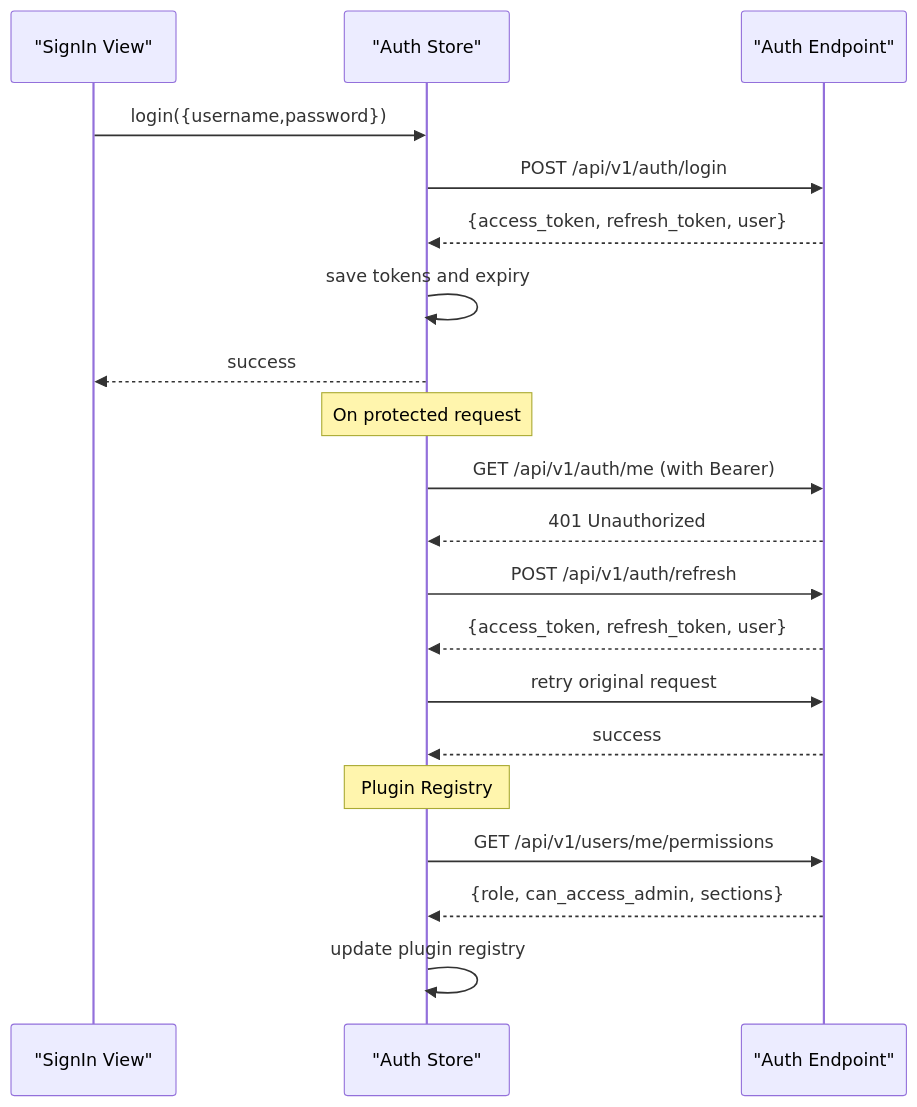
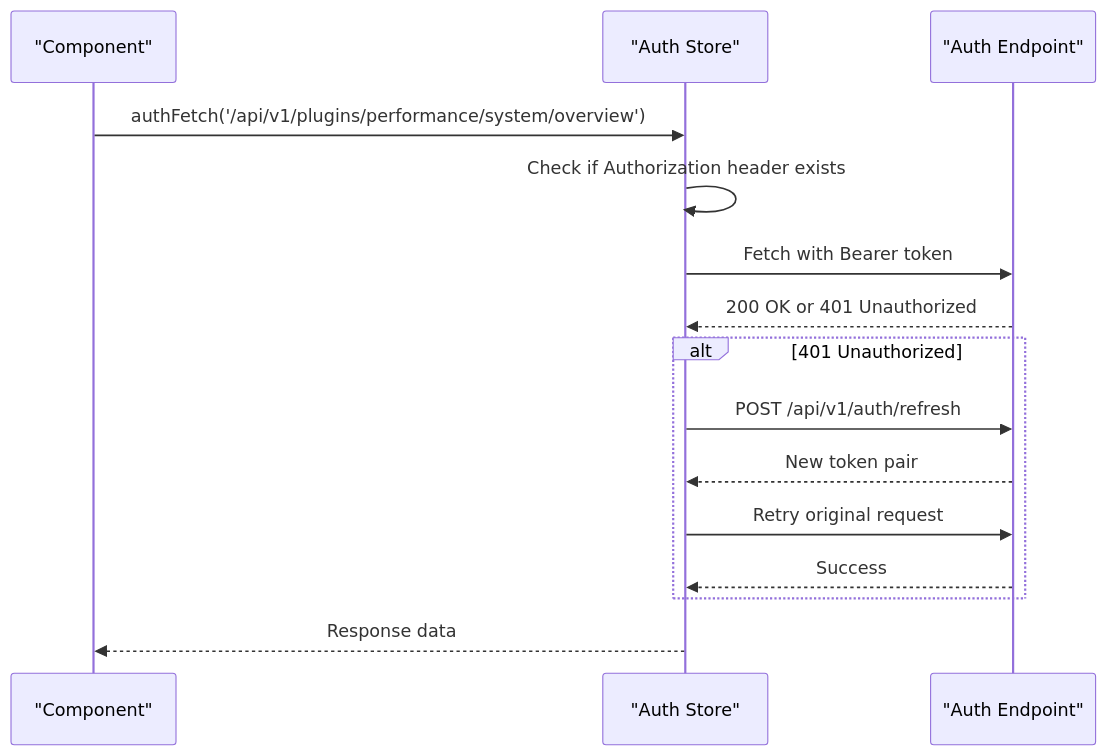
The seventh of 10 diagrams in .qoder/repowiki/en/content/Authentication & Authorization System/Authentication & Authorization System.md (Nikita5543/New-SSO-02), drawn with Mermaid before and after one commit. The commit also changed other lines of this file and 7 other files, not shown here.

````diff
--- a/.qoder/repowiki/en/content/Authentication & Authorization System/Authentication & Authorization System.md
+++ b/.qoder/repowiki/en/content/Authentication & Authorization System/Authentication & Authorization System.md
@@ -411,22 +435,17 @@
 ```mermaid
 sequenceDiagram
-participant V as "SignIn View"
+participant V as "Component"
 participant S as "Auth Store"
 participant EP as "Auth Endpoint"
-V->>S : login({username,password})
-S->>EP : POST /api/v1/auth/login
-EP-->>S : {access_token, refresh_token, user}
-S->>S : save tokens and expiry
-S-->>V : success
-Note over S : On protected request
-S->>EP : GET /api/v1/auth/me (with Bearer)
-EP-->>S : 401 Unauthorized
+V->>S : authFetch('/api/v1/plugins/performance/system/overview')
+S->>S : Check if Authorization header exists
+S->>EP : Fetch with Bearer token
+EP-->>S : 200 OK or 401 Unauthorized
+alt 401 Unauthorized
 S->>EP : POST /api/v1/auth/refresh
-EP-->>S : {access_token, refresh_token, user}
-S->>EP : retry original request
-EP-->>S : success
-Note over S : Plugin Registry
-S->>EP : GET /api/v1/users/me/permissions
-EP-->>S : {role, can_access_admin, sections}
-S->>S : update plugin registry
+EP-->>S : New token pair
+S->>EP : Retry original request
+EP-->>S : Success
+end
+S-->>V : Response data
 ```
````
